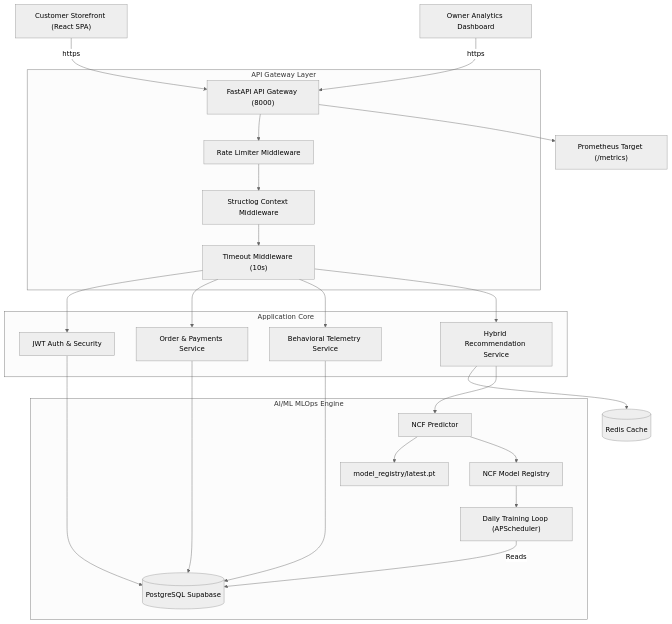
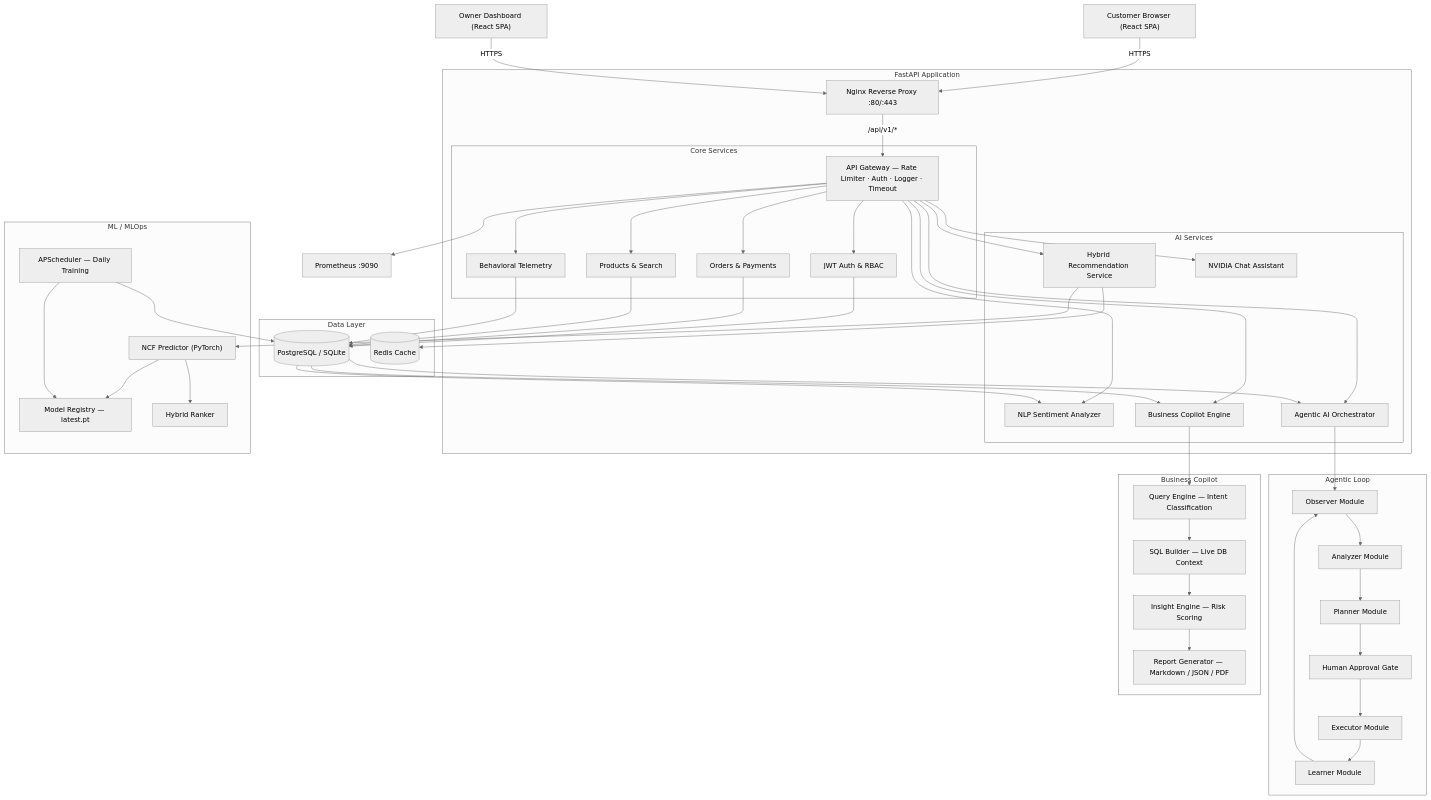
Before and after one commit to Nalluchamy/JourneyIQ: the first of 5 diagrams in README.md, drawn with Mermaid (neutral theme). The commit also changed other lines of this file and 68 other files, not shown here.

````diff
--- a/README.md
+++ b/README.md
@@ -13,39 +41,64 @@
 ```mermaid
 graph TD
     %% Clients
-    Storefront["Customer Storefront (React SPA)"] -->|https| Gateway["FastAPI API Gateway (8000)"]
-    Dashboard["Owner Analytics Dashboard"] -->|https| Gateway
+    Browser["Customer Browser (React SPA)"]
+    Dashboard["Owner Dashboard (React SPA)"]
 
-    %% Gateway Middlewares
-    subgraph "API Gateway Layer"
-        Gateway --> Limiter["Rate Limiter Middleware"]
-        Limiter --> Logger["Structlog Context Middleware"]
-        Logger --> Timeout["Timeout Middleware (10s)"]
+    Browser -->|HTTPS| Nginx["Nginx Reverse Proxy :80/:443"]
+    Dashboard -->|HTTPS| Nginx
+
+    subgraph "FastAPI Application"
+        Nginx -->|/api/v1/*| Gateway["API Gateway — Rate Limiter · Auth · Logger · Timeout"]
+
+        subgraph "Core Services"
+            Gateway --> AuthSrv["JWT Auth & RBAC"]
+            Gateway --> OrderSrv["Orders & Payments"]
+            Gateway --> ProductSrv["Products & Search"]
+            Gateway --> EventSrv["Behavioral Telemetry"]
+        end
+
+        subgraph "AI Services"
+            Gateway --> RecSrv["Hybrid Recommendation Service"]
+            Gateway --> NLPSrv["NLP Sentiment Analyzer"]
+            Gateway --> AgentSrv["Agentic AI Orchestrator"]
+            Gateway --> CopilotSrv["Business Copilot Engine"]
+            Gateway --> AssistantSrv["NVIDIA Chat Assistant"]
+        end
     end
 
-    %% Backend Services
-    subgraph "Application Core"
-        Timeout --> AuthSrv["JWT Auth & Security"]
-        Timeout --> OrderSrv["Order & Payments Service"]
-        Timeout --> EventSrv["Behavioral Telemetry Service"]
-        Timeout --> RecSrv["Hybrid Recommendation Service"]
+    subgraph "Data Layer"
+        AuthSrv & OrderSrv & ProductSrv & EventSrv --> DB[("PostgreSQL / SQLite")]
+        RecSrv --> Redis[("Redis Cache")]
     end
 
-    %% Datastores & Cache
-    AuthSrv --> Postgres[(PostgreSQL Supabase)]
-    OrderSrv --> Postgres
-    EventSrv --> Postgres
-    RecSrv --> Redis[(Redis Cache)]
-
-    %% ML Pipelines
-    subgraph "AI/ML MLOps Engine"
-        RecSrv --> NCFPredict["NCF Predictor"]
-        NCFPredict --> NCFWeights["model_registry/latest.pt"]
-        NCFPredict --> Registry["NCF Model Registry"]
-        Registry --> Scheduler["Daily Training Loop (APScheduler)"]
-        Scheduler -->|Reads| Postgres
+    subgraph "ML / MLOps"
+        RecSrv --> NCFPredict["NCF Predictor (PyTorch)"]
+        NCFPredict --> ModelReg["Model Registry — latest.pt"]
+        APSched["APScheduler — Daily Training"] --> ModelReg
+        APSched --> DB
+        NCFPredict --> HybridRank["Hybrid Ranker"]
     end
 
-    %% Telemetry & Monitoring
-    Gateway --> Prometheus["Prometheus Target (/metrics)"]
+    subgraph "Agentic Loop"
+        AgentSrv --> Observer["Observer Module"]
+        Observer --> Analyzer["Analyzer Module"]
+        Analyzer --> Planner["Planner Module"]
+        Planner --> Approval["Human Approval Gate"]
+        Approval --> Executor["Executor Module"]
+        Executor --> Learner["Learner Module"]
+        Learner --> Observer
+    end
+
+    subgraph "Business Copilot"
+        CopilotSrv --> QueryEngine["Query Engine — Intent Classification"]
+        QueryEngine --> SQLBuilder["SQL Builder — Live DB Context"]
+        SQLBuilder --> InsightEngine["Insight Engine — Risk Scoring"]
+        InsightEngine --> ReportGen["Report Generator — Markdown / JSON / PDF"]
+    end
+
+    DB --> CopilotSrv
+    DB --> AgentSrv
+    DB --> NLPSrv
+
+    Gateway --> Prometheus["Prometheus :9090"]
 ```
````
